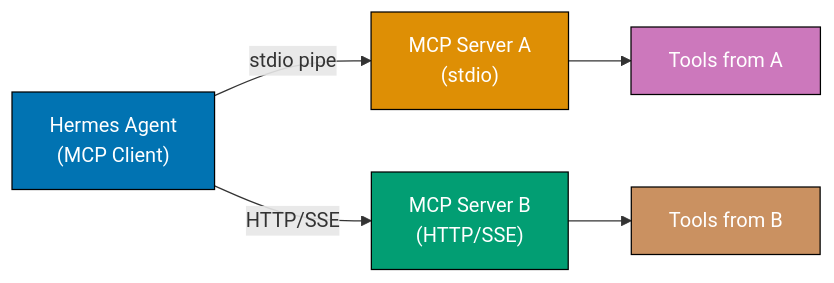
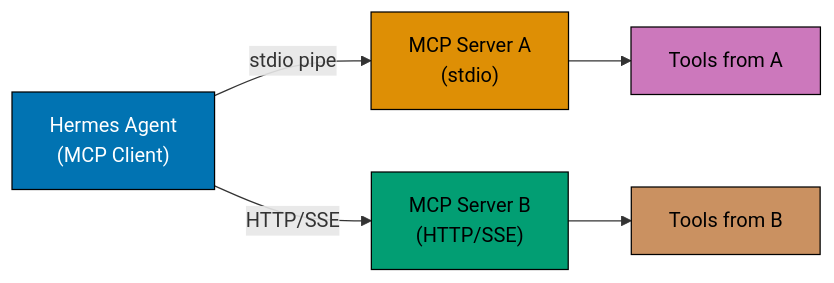
Before and after one commit to wahidyankf/ose-public: the eighth of 14 diagrams in apps/ayokoding-www/content/en/learn/legacy/artificial-intelligence/tools/hermes-agent/by-example/advanced.md, drawn with Mermaid. The commit also changed other lines of this file and 50 other files, not shown here.

First line of the commit message:
fix(mermaid): bring the docs, governance, plans, and legacy AI diagrams onto the accessible palette

````diff
--- a/apps/ayokoding-www/content/en/learn/legacy/artificial-intelligence/tools/hermes-agent/by-example/advanced.md
+++ b/apps/ayokoding-www/content/en/learn/legacy/artificial-intelligence/tools/hermes-agent/by-example/advanced.md
@@ -1195,20 +1249,28 @@
 ```mermaid
 %% Color Palette: Blue #0173B2, Orange #DE8F05, Teal #029E73, Purple #CC78BC, Brown #CA9161
 graph LR
+    accTitle: Example 68: MCP Server Configuration
+    accDescr: Graph with 5 nodes and 4 connections. Nodes: Hermes Agent (MCP Client), MCP Server A (stdio), MCP Server B (HTTP/SSE), Tools from A, Tools from B. Connections: Hermes Agent (MCP Client) to MCP Server A (stdio) (stdio pipe), Hermes Agent (MCP Client) to MCP Server B (HTTP/SSE) (HTTP/SSE), MCP Server A (stdio) to Tools from A, MCP Server B (HTTP/SSE) to Tools from B.
     A["Hermes Agent<br/>(MCP Client)"]
     B["MCP Server A<br/>(stdio)"]
     C["MCP Server B<br/>(HTTP/SSE)"]
     D["Tools from A"]
     E["Tools from B"]
 
     A -->|"stdio pipe"| B
     A -->|"HTTP/SSE"| C
     B --> D
     C --> E
 
-    style A fill:#0173B2,stroke:#000,color:#fff
-    style B fill:#DE8F05,stroke:#000,color:#fff
-    style C fill:#029E73,stroke:#000,color:#fff
-    style D fill:#CC78BC,stroke:#000,color:#fff
-    style E fill:#CA9161,stroke:#000,color:#fff
+    classDef pal-0173B2 fill:#0173B2,stroke:#000000,color:#FFFFFF
+    class A pal-0173B2
+    classDef pal-DE8F05 fill:#DE8F05,stroke:#000000,color:#000000
+    class B pal-DE8F05
+    classDef pal-029E73 fill:#029E73,stroke:#000000,color:#000000
+    class C pal-029E73
+    classDef pal-CC78BC fill:#CC78BC,stroke:#000000,color:#000000
+    class D pal-CC78BC
+    classDef pal-CA9161 fill:#CA9161,stroke:#000000,color:#000000
+    class E pal-CA9161
+    classDef default fill:#FFFFFF,stroke:#000000,color:#000000
 ```
````
